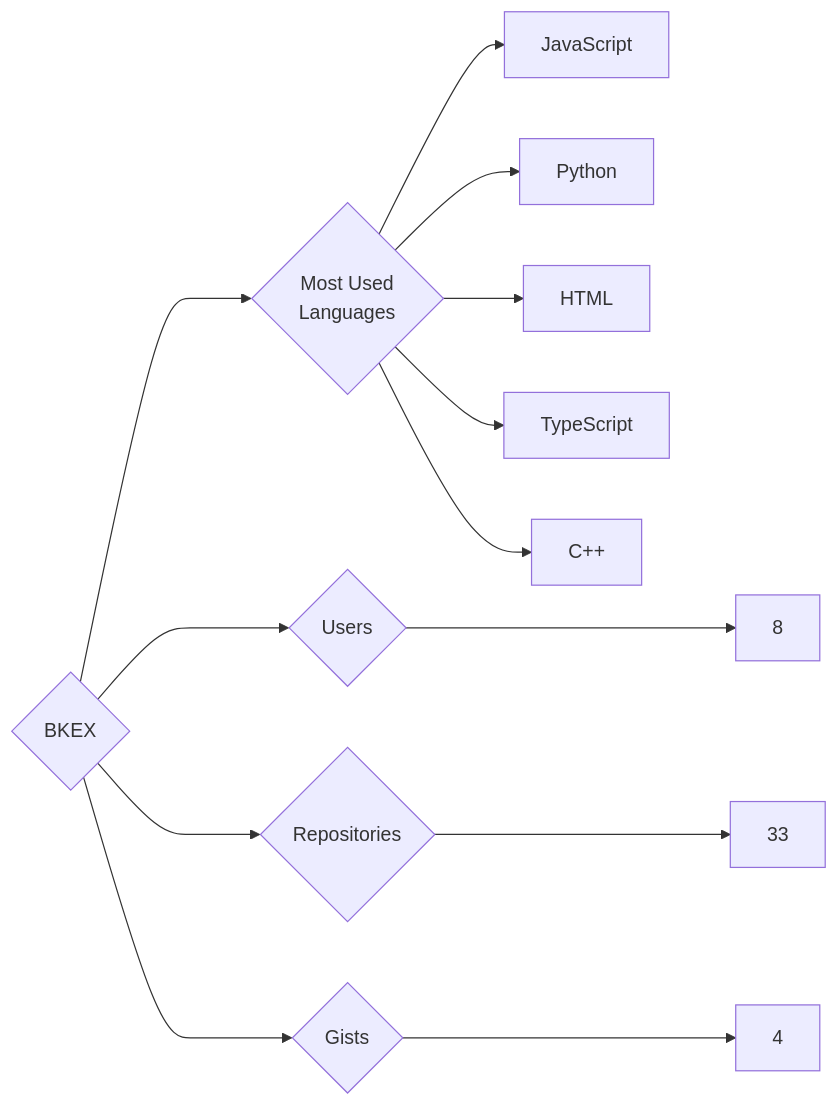
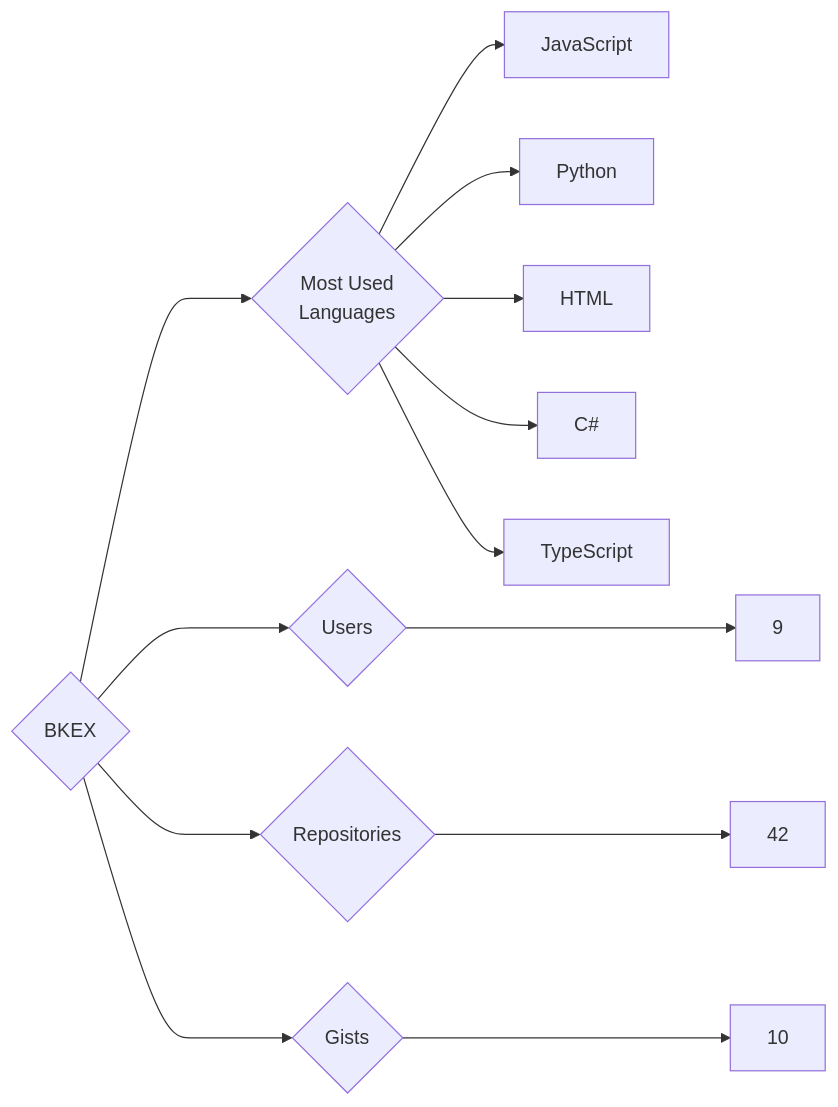
Before and after one commit to trickest/insiders: the diagram in targets/BKEX/README.md, drawn with Mermaid. The commit also changed 1175 other files, not shown here.

````diff
--- a/targets/BKEX/README.md
+++ b/targets/BKEX/README.md
@@ -3,13 +3,13 @@
 ```mermaid
 graph LR
 COMPANY_NAME{BKEX}
-COMPANY_NAME ---> U{Users} ---> UN[8]
-COMPANY_NAME ---> R{Repositories} ---> RN[33]
-COMPANY_NAME ---> G{Gists} ---> GN[4]
+COMPANY_NAME ---> U{Users} ---> UN[9]
+COMPANY_NAME ---> R{Repositories} ---> RN[42]
+COMPANY_NAME ---> G{Gists} ---> GN[10]
 COMPANY_NAME ---> ML{Most Used<br>Languages}
 ML --> JavaScript[JavaScript]
 ML --> Python[Python]
 ML --> HTML[HTML]
+ML --> C#[C#]
 ML --> TypeScript[TypeScript]
-ML --> C++[C++]
 ```
````
